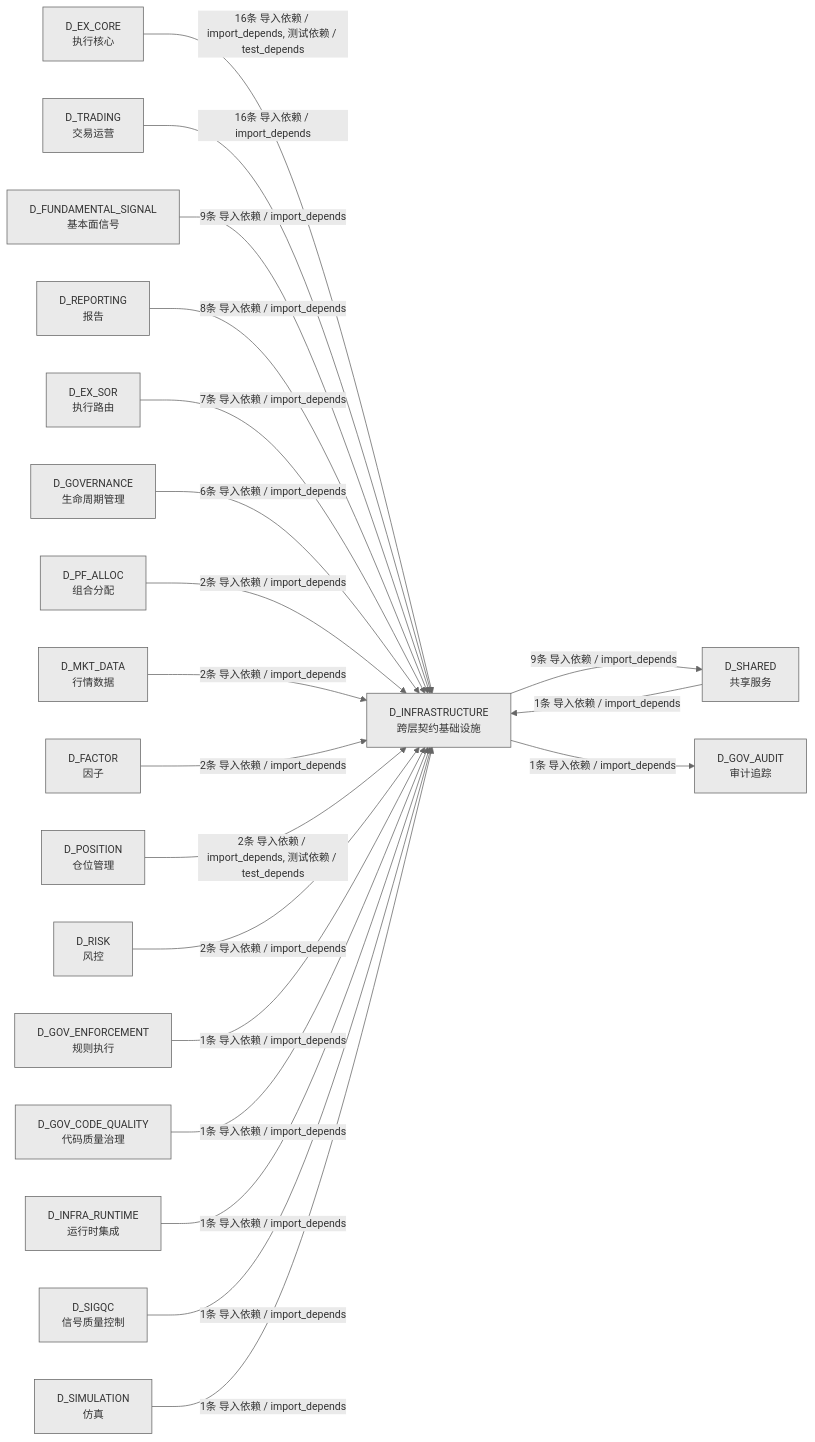
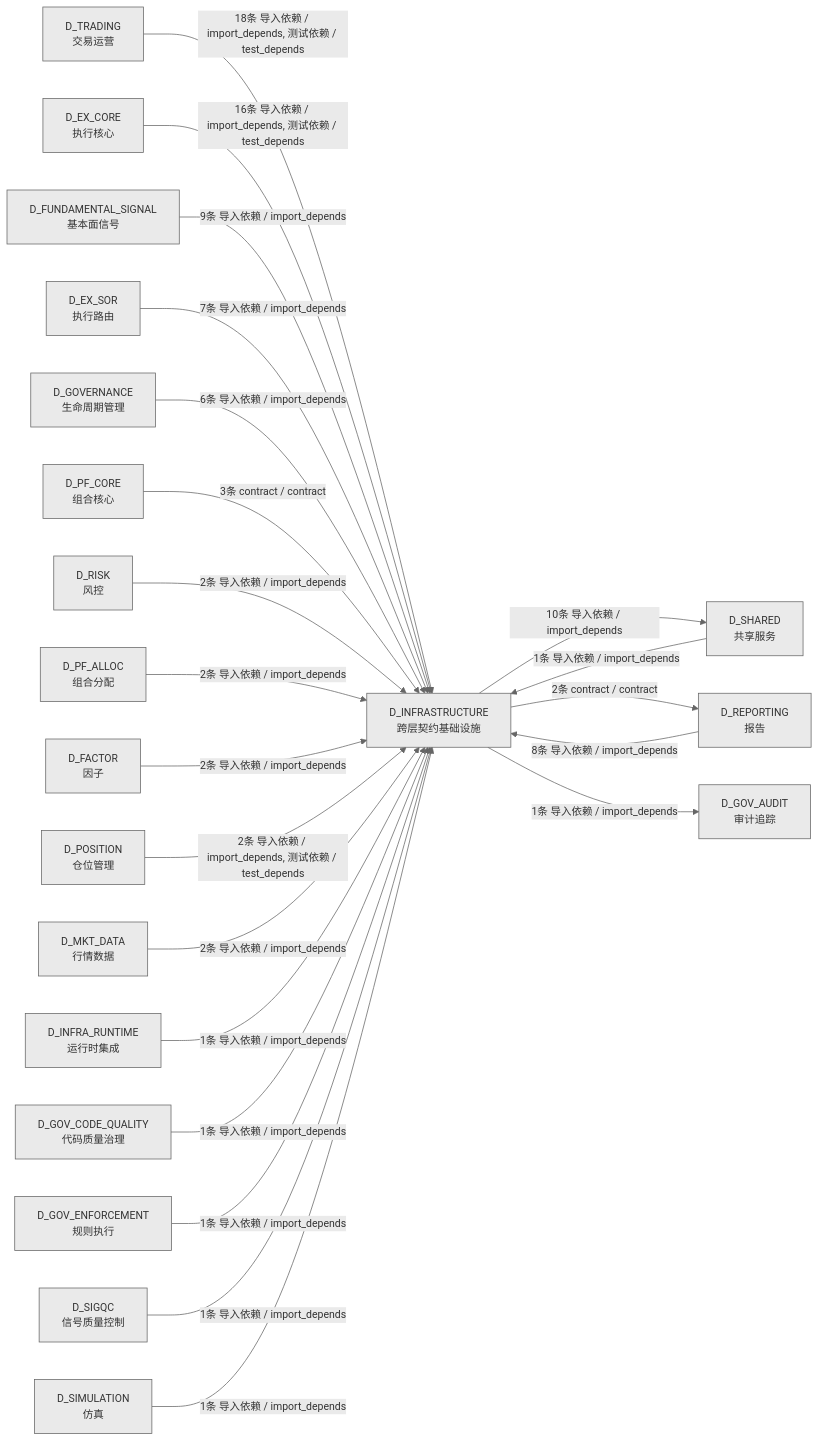
One commit to xuanFelixVan/ZephyrAlpha changed the third of 3 diagrams in docs/02_enterprise_architecture/02_domain_architecture_docs/02_d_infrastructure.md. Above: the diagram before and after it, drawn with Mermaid. The commit also changed other lines of this file and 46 other files, not shown here.

````diff
--- a/docs/02_enterprise_architecture/02_domain_architecture_docs/02_d_infrastructure.md
+++ b/docs/02_enterprise_architecture/02_domain_architecture_docs/02_d_infrastructure.md
@@ -316,42 +337,45 @@
 ```mermaid
 %%{init: {'theme': 'base', 'themeVariables': {'primaryColor': '#eaeaea', 'primaryTextColor': '#333333', 'primaryBorderColor': '#666666', 'lineColor': '#666666', 'secondaryColor': '#eaeaea', 'tertiaryColor': '#eaeaea', 'fontSize': '14px'}}}%%
 graph LR
     D_INFRASTRUCTURE["D_INFRASTRUCTURE<br/>跨层契约基础设施"]
     D_SHARED["D_SHARED<br/>共享服务"]
+    D_REPORTING["D_REPORTING<br/>报告"]
     D_GOV_AUDIT["D_GOV_AUDIT<br/>审计追踪"]
+    D_TRADING["D_TRADING<br/>交易运营"]
     D_EX_CORE["D_EX_CORE<br/>执行核心"]
-    D_TRADING["D_TRADING<br/>交易运营"]
     D_FUNDAMENTAL_SIGNAL["D_FUNDAMENTAL_SIGNAL<br/>基本面信号"]
-    D_REPORTING["D_REPORTING<br/>报告"]
     D_EX_SOR["D_EX_SOR<br/>执行路由"]
     D_GOVERNANCE["D_GOVERNANCE<br/>生命周期管理"]
+    D_PF_CORE["D_PF_CORE<br/>组合核心"]
+    D_RISK["D_RISK<br/>风控"]
     D_PF_ALLOC["D_PF_ALLOC<br/>组合分配"]
-    D_MKT_DATA["D_MKT_DATA<br/>行情数据"]
     D_FACTOR["D_FACTOR<br/>因子"]
     D_POSITION["D_POSITION<br/>仓位管理"]
-    D_RISK["D_RISK<br/>风控"]
+    D_MKT_DATA["D_MKT_DATA<br/>行情数据"]
+    D_INFRA_RUNTIME["D_INFRA_RUNTIME<br/>运行时集成"]
+    D_GOV_CODE_QUALITY["D_GOV_CODE_QUALITY<br/>代码质量治理"]
     D_GOV_ENFORCEMENT["D_GOV_ENFORCEMENT<br/>规则执行"]
-    D_GOV_CODE_QUALITY["D_GOV_CODE_QUALITY<br/>代码质量治理"]
-    D_INFRA_RUNTIME["D_INFRA_RUNTIME<br/>运行时集成"]
     D_SIGQC["D_SIGQC<br/>信号质量控制"]
     D_SIMULATION["D_SIMULATION<br/>仿真"]
-    D_INFRASTRUCTURE -->|9条 导入依赖 / import_depends| D_SHARED
+    D_INFRASTRUCTURE -->|10条 导入依赖 / import_depends| D_SHARED
+    D_INFRASTRUCTURE -->|2条 contract / contract| D_REPORTING
     D_INFRASTRUCTURE -->|1条 导入依赖 / import_depends| D_GOV_AUDIT
+    D_TRADING -->|18条 导入依赖 / import_depends, 测试依赖 / test_depends| D_INFRASTRUCTURE
     D_EX_CORE -->|16条 导入依赖 / import_depends, 测试依赖 / test_depends| D_INFRASTRUCTURE
-    D_TRADING -->|16条 导入依赖 / import_depends| D_INFRASTRUCTURE
     D_FUNDAMENTAL_SIGNAL -->|9条 导入依赖 / import_depends| D_INFRASTRUCTURE
     D_REPORTING -->|8条 导入依赖 / import_depends| D_INFRASTRUCTURE
     D_EX_SOR -->|7条 导入依赖 / import_depends| D_INFRASTRUCTURE
     D_GOVERNANCE -->|6条 导入依赖 / import_depends| D_INFRASTRUCTURE
+    D_PF_CORE -->|3条 contract / contract| D_INFRASTRUCTURE
+    D_RISK -->|2条 导入依赖 / import_depends| D_INFRASTRUCTURE
     D_PF_ALLOC -->|2条 导入依赖 / import_depends| D_INFRASTRUCTURE
-    D_MKT_DATA -->|2条 导入依赖 / import_depends| D_INFRASTRUCTURE
     D_FACTOR -->|2条 导入依赖 / import_depends| D_INFRASTRUCTURE
     D_POSITION -->|2条 导入依赖 / import_depends, 测试依赖 / test_depends| D_INFRASTRUCTURE
-    D_RISK -->|2条 导入依赖 / import_depends| D_INFRASTRUCTURE
+    D_MKT_DATA -->|2条 导入依赖 / import_depends| D_INFRASTRUCTURE
+    D_INFRA_RUNTIME -->|1条 导入依赖 / import_depends| D_INFRASTRUCTURE
+    D_GOV_CODE_QUALITY -->|1条 导入依赖 / import_depends| D_INFRASTRUCTURE
     D_GOV_ENFORCEMENT -->|1条 导入依赖 / import_depends| D_INFRASTRUCTURE
-    D_GOV_CODE_QUALITY -->|1条 导入依赖 / import_depends| D_INFRASTRUCTURE
-    D_INFRA_RUNTIME -->|1条 导入依赖 / import_depends| D_INFRASTRUCTURE
     D_SHARED -->|1条 导入依赖 / import_depends| D_INFRASTRUCTURE
     D_SIGQC -->|1条 导入依赖 / import_depends| D_INFRASTRUCTURE
     D_SIMULATION -->|1条 导入依赖 / import_depends| D_INFRASTRUCTURE
 ```
````
